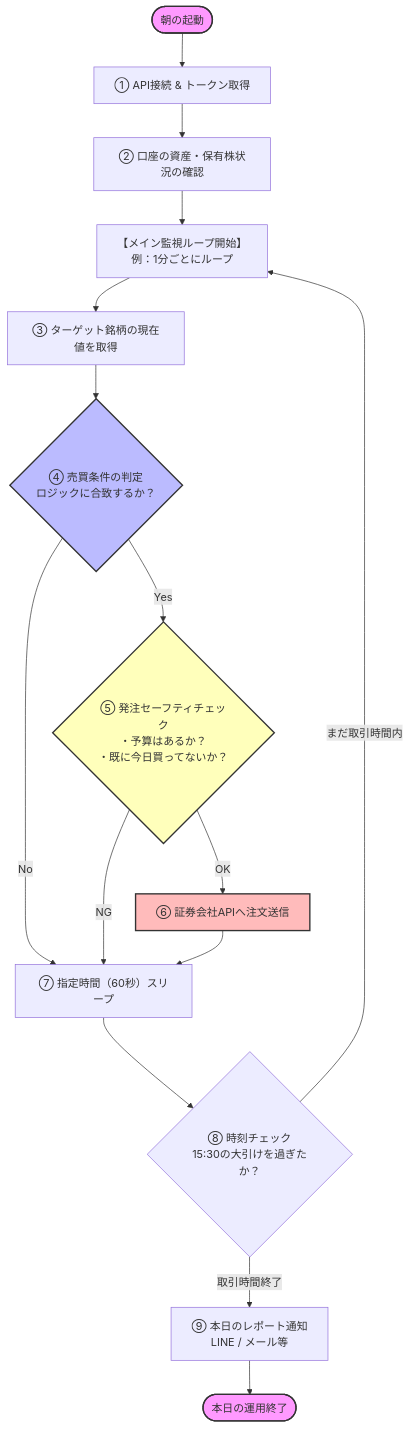
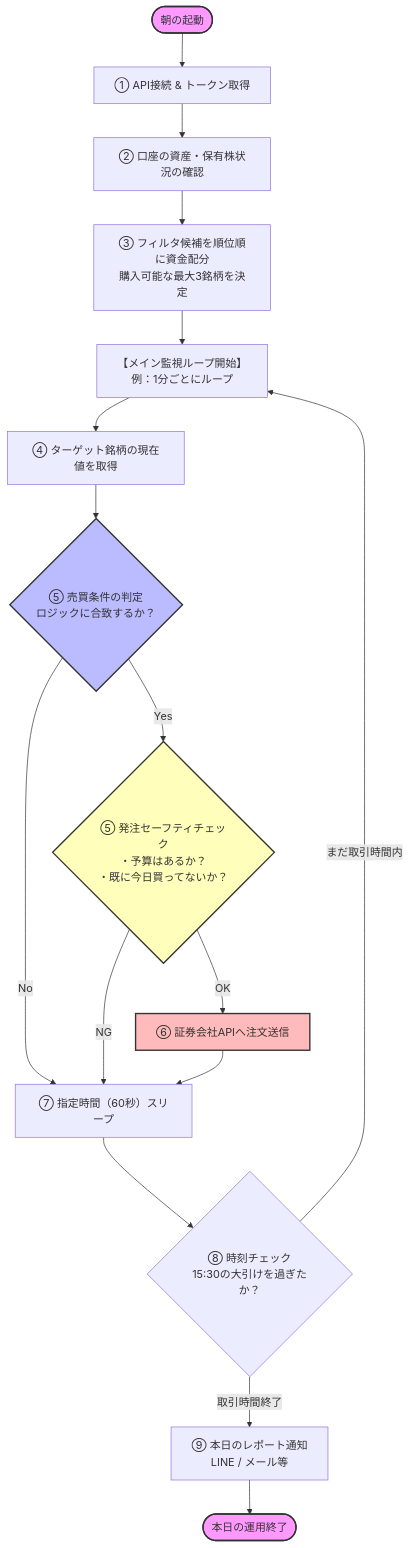
One commit to kiyoto-aizu/trade-pjoject changed the diagram in docs/flow.md. Above: the diagram before and after it, drawn with Mermaid. The commit also changed 7 other files, not shown here.

````diff
--- a/docs/flow.md
+++ b/docs/flow.md
@@ -1,32 +1,33 @@
 ```mermaid
 flowchart TD
     Start([朝の起動]) --> 1[① API接続 & トークン取得]
     1 --> 2[② 口座の資産・保有株状況の確認]
-    2 --> LoopStart[【メイン監視ループ開始】<br>例：1分ごとにループ]
+    2 --> 2a[③ フィルタ候補を順位順に資金配分<br>購入可能な最大3銘柄を決定]
+    2a --> LoopStart[【メイン監視ループ開始】<br>例：1分ごとにループ]
 
     %% メイン処理ループ
-    LoopStart --> 3[③ ターゲット銘柄の現在値を取得]
-    3 --> 4{④ 売買条件の判定<br>ロジックに合致するか？}
+    LoopStart --> 4a[④ ターゲット銘柄の現在値を取得]
+    4a --> 4{⑤ 売買条件の判定<br>ロジックに合致するか？}
     
     %% 条件分岐
     4 -- No --> 7
     4 -- Yes --> 5{⑤ 発注セーフティチェック<br>・予算はあるか？<br>・既に今日買ってないか？}
     
     5 -- NG --> 7[⑦ 指定時間（60秒）スリープ]
     5 -- OK --> 6[⑥ 証券会社APIへ注文送信]
     6 --> 7
     
     %% 時間チェック
     7 --> 8{⑧ 時刻チェック<br>15:30の大引けを過ぎたか？}
     8 -- まだ取引時間内 --> LoopStart
     8 -- 取引時間終了 --> 9[⑨ 本日のレポート通知<br>LINE / メール等]
     
     9 --> End([本日の運用終了])
 
     %% スタイルの調整
     style Start fill:#f9f,stroke:#333,stroke-width:2px
     style End fill:#f9f,stroke:#333,stroke-width:2px
     style 4 fill:#bbf,stroke:#333,stroke-width:2px
     style 5 fill:#ffb,stroke:#333,stroke-width:2px
     style 6 fill:#fbb,stroke:#333,stroke-width:2px
 ```
````
